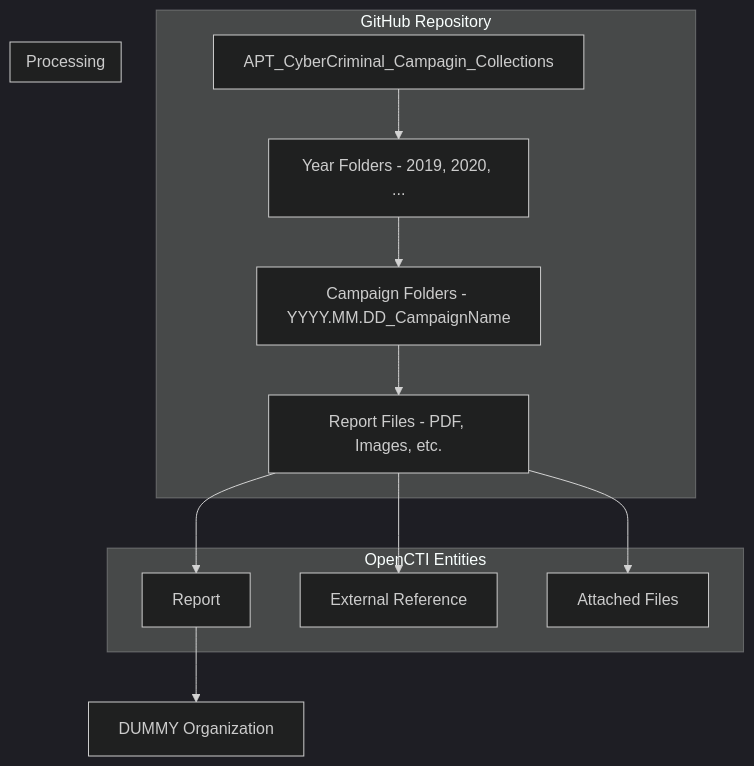
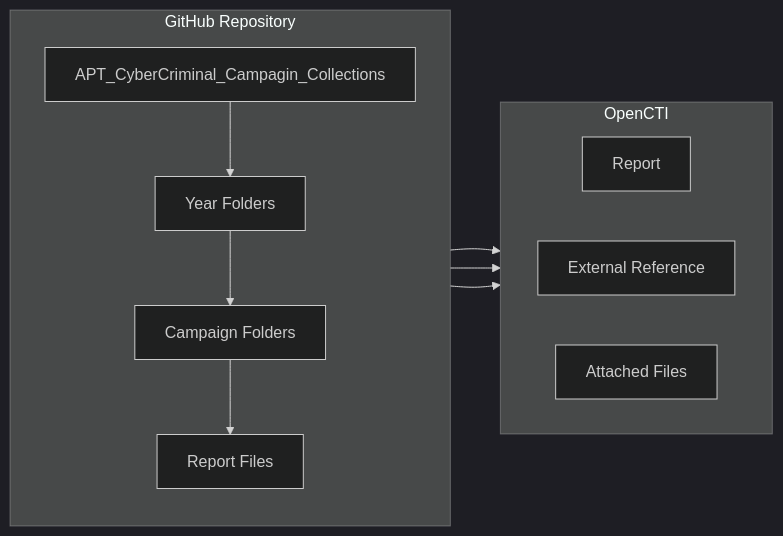
One commit to OpenCTI-Platform/connectors changed the diagram in external-import/cyber-campaign-collection/README.md. Above: the diagram before and after it, drawn with Mermaid (dark theme). The commit also changed other lines of this file and 30 other files, not shown here.

````diff
--- a/external-import/cyber-campaign-collection/README.md
+++ b/external-import/cyber-campaign-collection/README.md
@@ -131,23 +135,24 @@
 ```mermaid
-graph TB
+graph LR
     subgraph GitHub Repository
+        direction TB
         Repo[APT_CyberCriminal_Campagin_Collections]
-        Years[Year Folders - 2019, 2020, ...]
-        Campaigns[Campaign Folders - YYYY.MM.DD_CampaignName]
-        Files[Report Files - PDF, Images, etc.]
+        Years[Year Folders]
+        Campaigns[Campaign Folders]
+        Files[Report Files]
     end
-    
-    subgraph Processing
-        Repo --> Years
-        Years --> Campaigns
-        Campaigns --> Files
+
+    subgraph OpenCTI
+        direction LR
+        Report[Report]
+        ExternalRef[External Reference]
+        Attachments[Attached Files]
     end
-    
-    subgraph OpenCTI Entities
-        Files --> Report[Report]
-        Files --> ExternalRef[External Reference]
-        Files --> Attachments[Attached Files]
-    end
-    
-    Report --> Organization[DUMMY Organization]
+
+    Repo --> Years
+    Years --> Campaigns
+    Campaigns --> Files
+    Files --> Report
+    Files --> ExternalRef
+    Files --> Attachments
 ```
````
